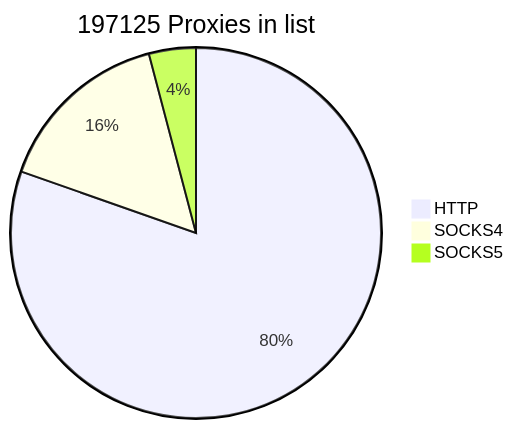
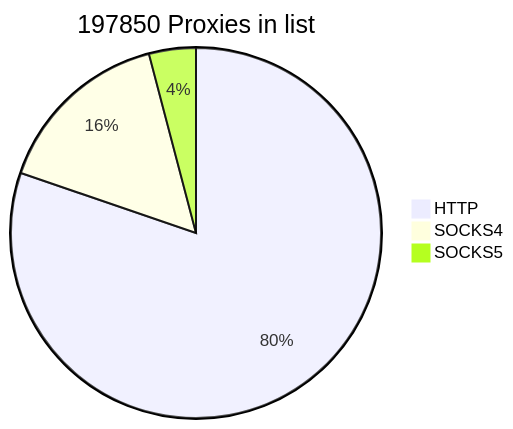
Before and after one commit to cutipu/proxylist: the first of 2 diagrams in README.md, drawn with Mermaid. The commit also changed other lines of this file, not shown here.

````diff
--- a/README.md
+++ b/README.md
@@ -2,7 +2,7 @@
 ```mermaid
-pie title 197125 Proxies in list
-    "HTTP" : 158458
-    "SOCKS4" : 30595
-    "SOCKS5" : 8072
+pie title 197850 Proxies in list
+    "HTTP" : 158785
+    "SOCKS4" : 30968
+    "SOCKS5" : 8097
             
 ```
````
